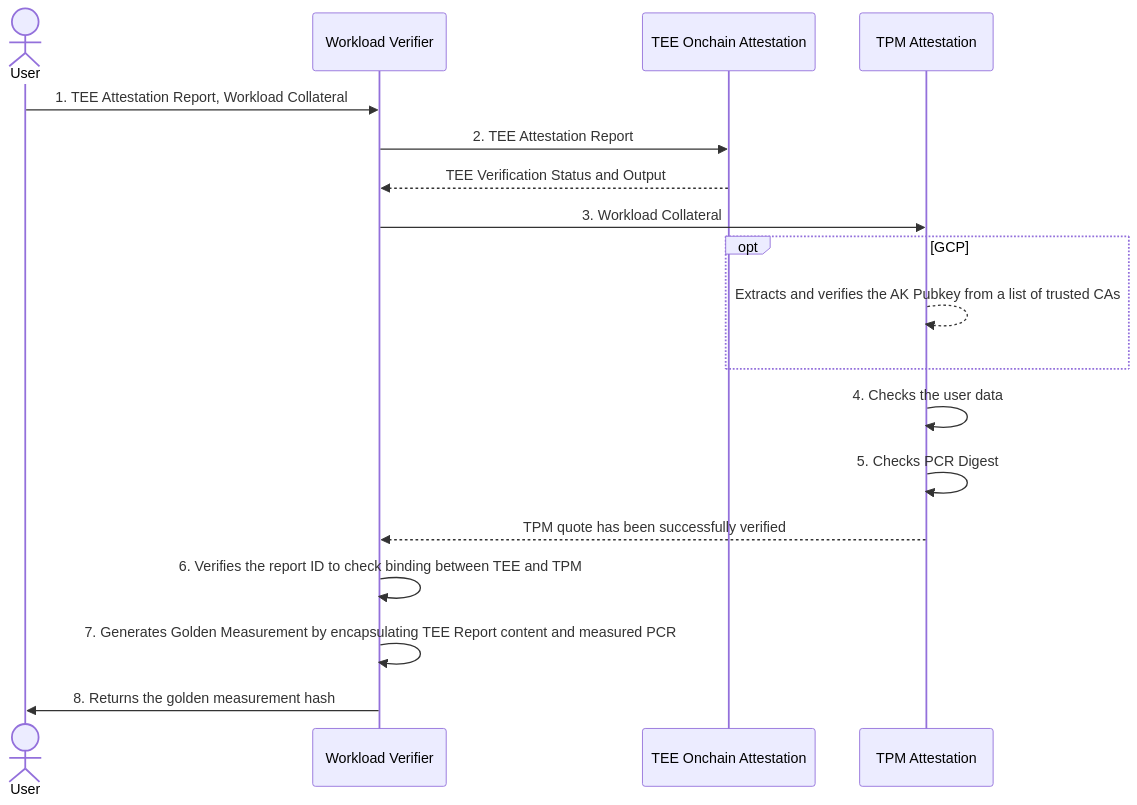
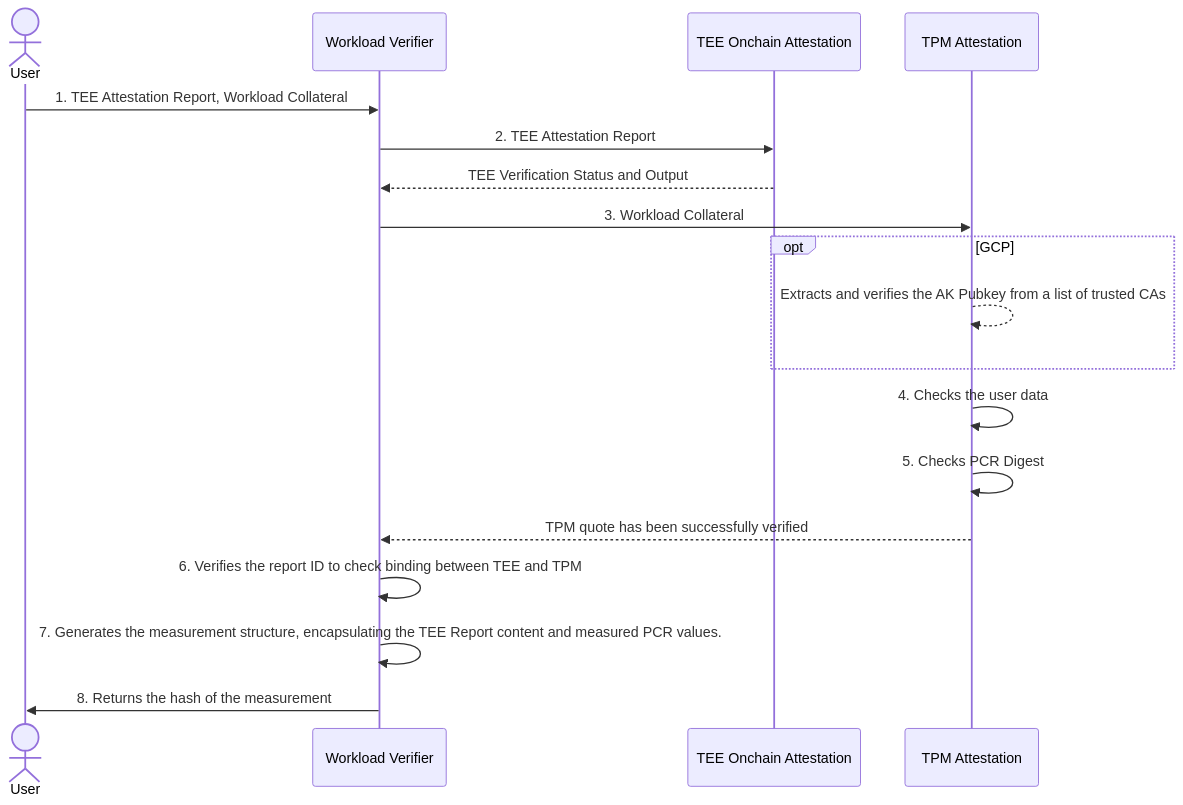
The diagram in README.md (automata-network/automata-tee-workload-measurement), drawn with Mermaid before and after one commit. The commit also changed other lines of this file and 13 other files, not shown here.

````diff
--- a/README.md
+++ b/README.md
@@ -13,22 +13,22 @@
 ```mermaid
 sequenceDiagram
     actor U as User
     participant W as Workload Verifier
     participant TEE as TEE Onchain Attestation
     participant TPM as TPM Attestation
 
     U->>W: 1. TEE Attestation Report, Workload Collateral
     W->>TEE: 2. TEE Attestation Report
     TEE-->>W: TEE Verification Status and Output
     W->>TPM: 3. Workload Collateral
     opt GCP
         TPM-->>TPM: Extracts and verifies the AK Pubkey from a list of trusted CAs
     end
     TPM->>TPM: 4. Checks the user data
     TPM->>TPM: 5. Checks PCR Digest
     TPM-->>W: TPM quote has been successfully verified
     W->>W: 6. Verifies the report ID to check binding between TEE and TPM
-    W->>W: 7. Generates Golden Measurement by encapsulating TEE Report content and measured PCR
-    W->>U: 8. Returns the golden measurement hash
+    W->>W: 7. Generates the measurement structure, encapsulating the TEE Report content and measured PCR values.
+    W->>U: 8. Returns the hash of the measurement
 
 ```
````
